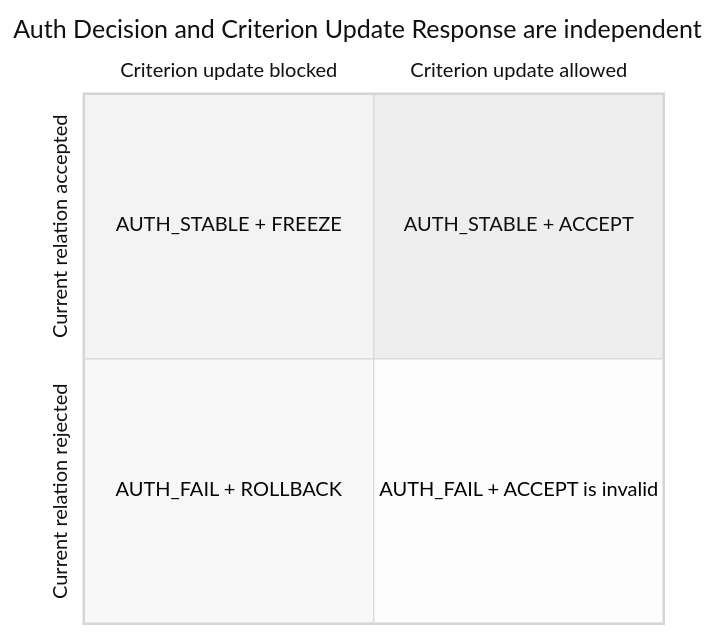
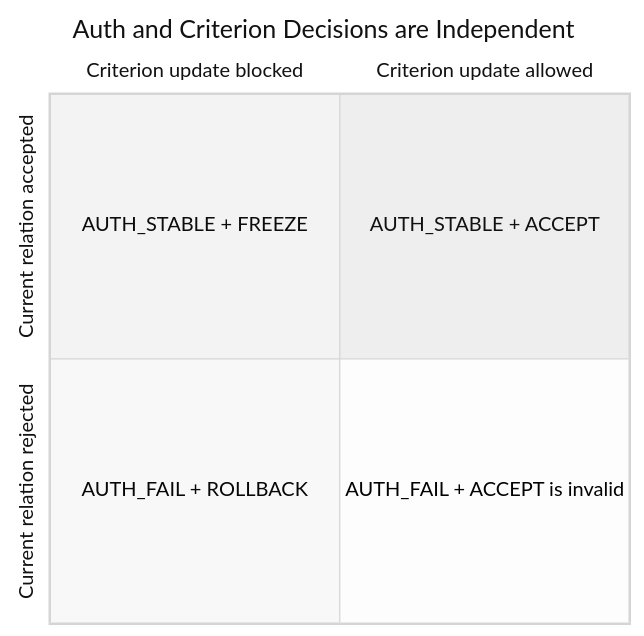
The sixth of 6 diagrams in figures/guarded_criterion_trajectories_mermaid.md (gitGyro-Dev/gyroauth), drawn with Mermaid (neutral theme) before and after one commit.

Commit message:
Shorten Figure 6 title for complete rendering

````diff
--- a/figures/guarded_criterion_trajectories_mermaid.md
+++ b/figures/guarded_criterion_trajectories_mermaid.md
@@ -99,10 +99,10 @@
 ```mermaid
 quadrantChart
-    title Auth Decision and Criterion Update Response are independent
+    title Auth and Criterion Decisions are Independent
     x-axis Criterion update blocked --> Criterion update allowed
     y-axis Current relation rejected --> Current relation accepted
     quadrant-1 AUTH_STABLE + ACCEPT
     quadrant-2 AUTH_STABLE + FREEZE
     quadrant-3 AUTH_FAIL + ROLLBACK
     quadrant-4 AUTH_FAIL + ACCEPT is invalid
 ```
````
